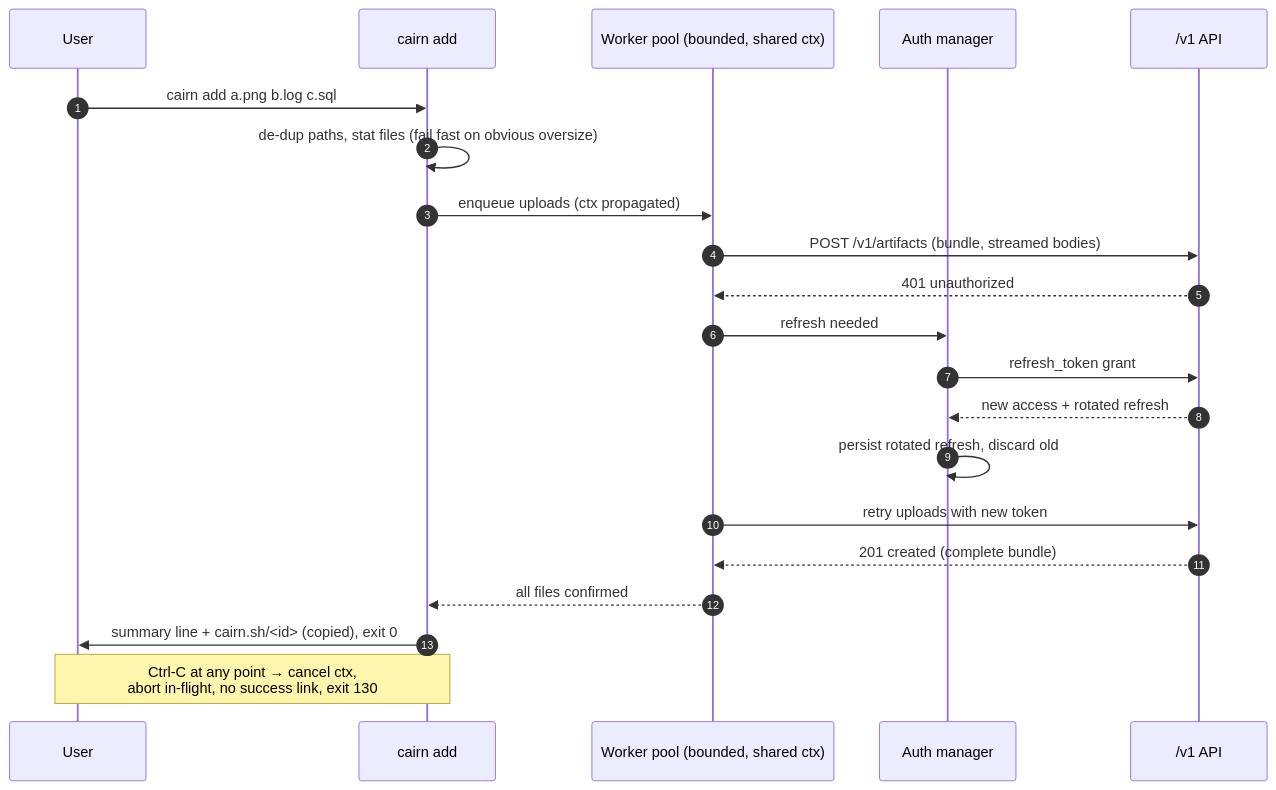
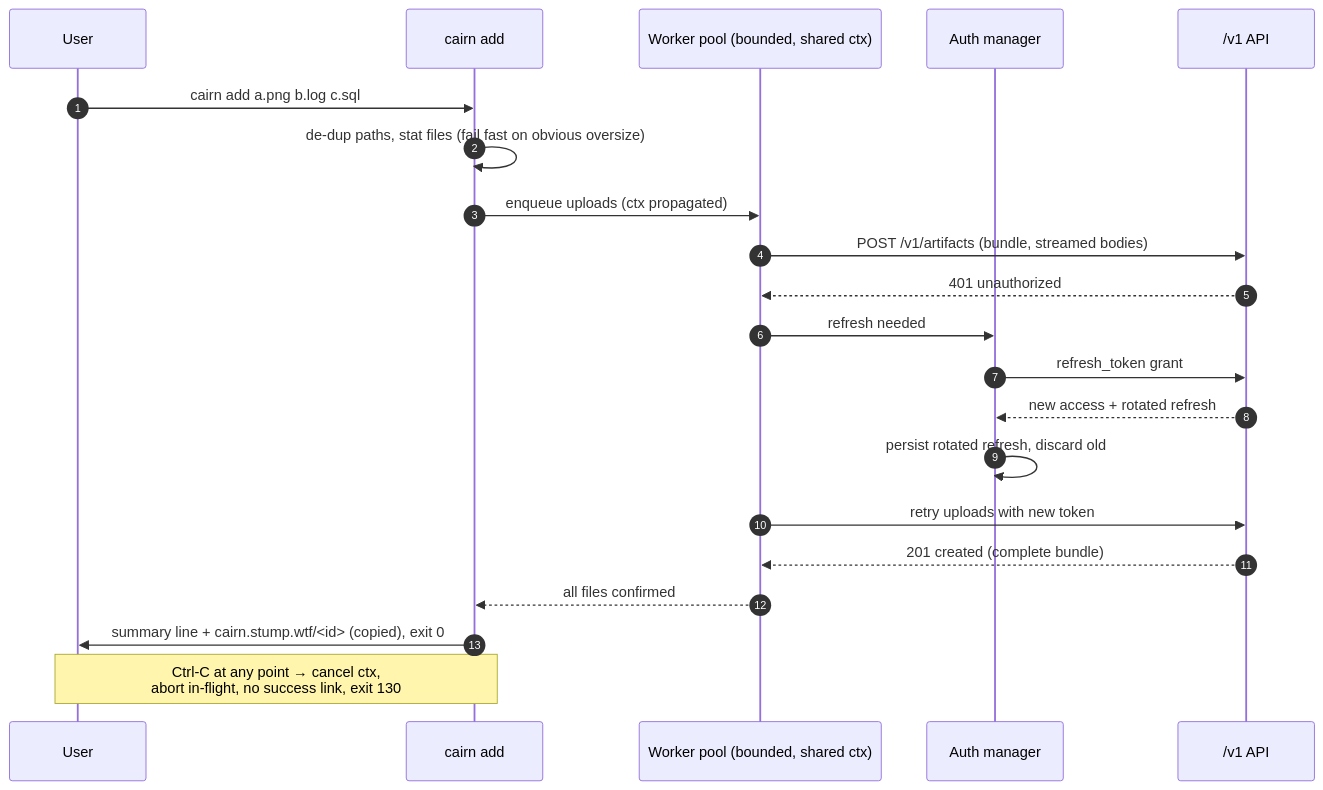
Before and after one commit to stump-wtf/cairn: the second of 2 diagrams in docs/openspec/specs/cli/design.md, drawn with Mermaid. The commit also changed other lines of this file and 20 other files, not shown here.

````diff
--- a/docs/openspec/specs/cli/design.md
+++ b/docs/openspec/specs/cli/design.md
@@ -163,24 +163,24 @@
 ```mermaid
 sequenceDiagram
     autonumber
     participant U as User
     participant C as cairn add
     participant P as Worker pool (bounded, shared ctx)
     participant A as Auth manager
     participant API as /v1 API
 
     U->>C: cairn add a.png b.log c.sql
     C->>C: de-dup paths, stat files (fail fast on obvious oversize)
     C->>P: enqueue uploads (ctx propagated)
     P->>API: POST /v1/artifacts (bundle, streamed bodies)
     API-->>P: 401 unauthorized
     P->>A: refresh needed
     A->>API: refresh_token grant
     API-->>A: new access + rotated refresh
     A->>A: persist rotated refresh, discard old
     P->>API: retry uploads with new token
     API-->>P: 201 created (complete bundle)
     P-->>C: all files confirmed
-    C->>U: summary line + cairn.sh/<id> (copied), exit 0
+    C->>U: summary line + cairn.stump.wtf/<id> (copied), exit 0
     Note over U,C: Ctrl-C at any point → cancel ctx,<br/>abort in-flight, no success link, exit 130
 ```
````
